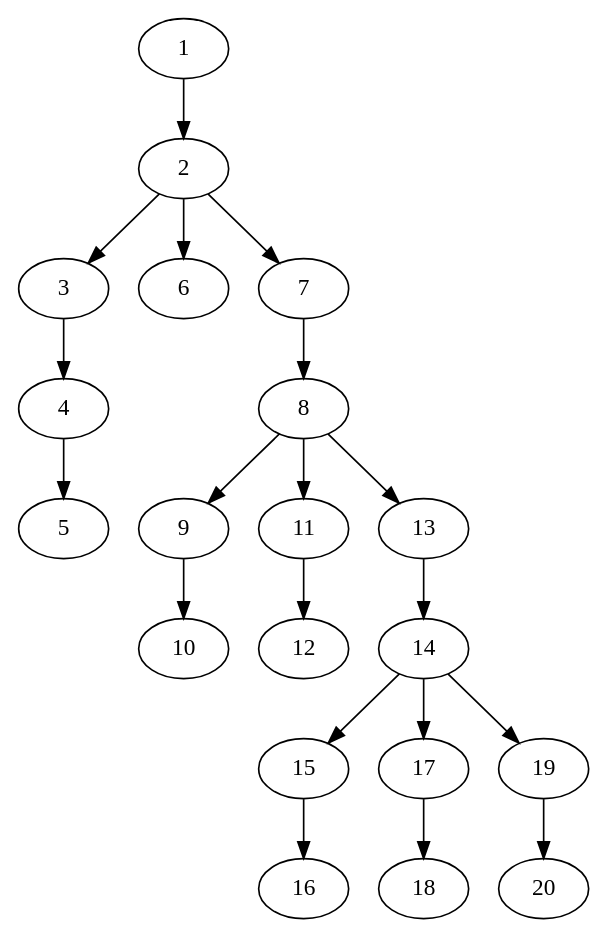
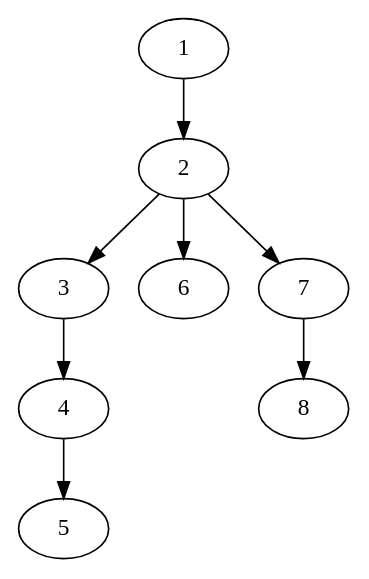
Before and after one commit to Ajax12345/caspian-lang: the diagram in caspian/src/ast_stuff.dot, drawn with Graphviz. The commit also changed 3 other files, not shown here.

```diff
--- a/caspian/src/ast_stuff.dot
+++ b/caspian/src/ast_stuff.dot
@@ -1,21 +1,9 @@
 strict digraph "" {
 	1 -> 2;
 	2 -> 3;
 	2 -> 6;
 	2 -> 7;
 	3 -> 4;
 	4 -> 5;
 	7 -> 8;
-	8 -> 9;
-	8 -> 11;
-	8 -> 13;
-	9 -> 10;
-	11 -> 12;
-	13 -> 14;
-	14 -> 15;
-	14 -> 17;
-	14 -> 19;
-	15 -> 16;
-	17 -> 18;
-	19 -> 20;
 }
```
